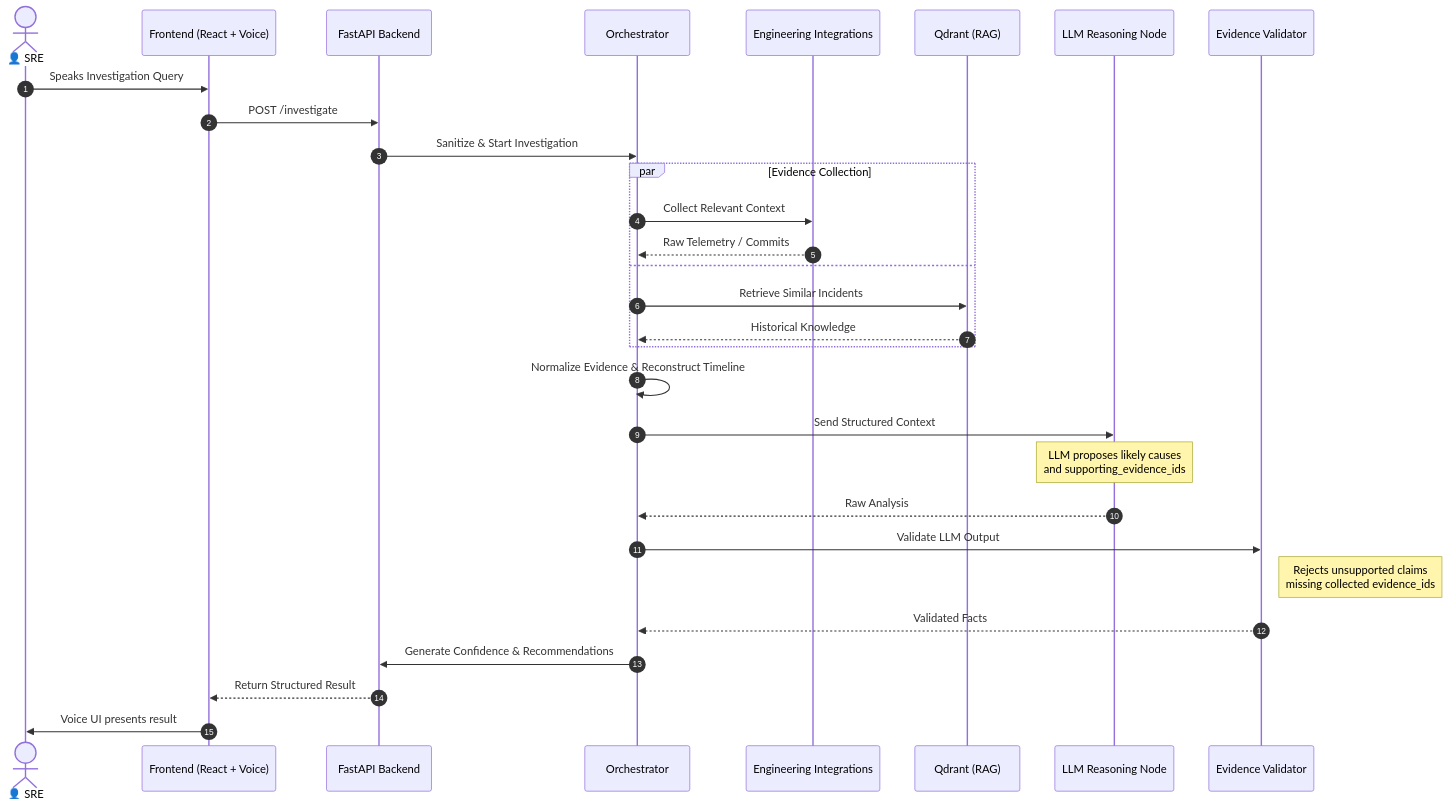
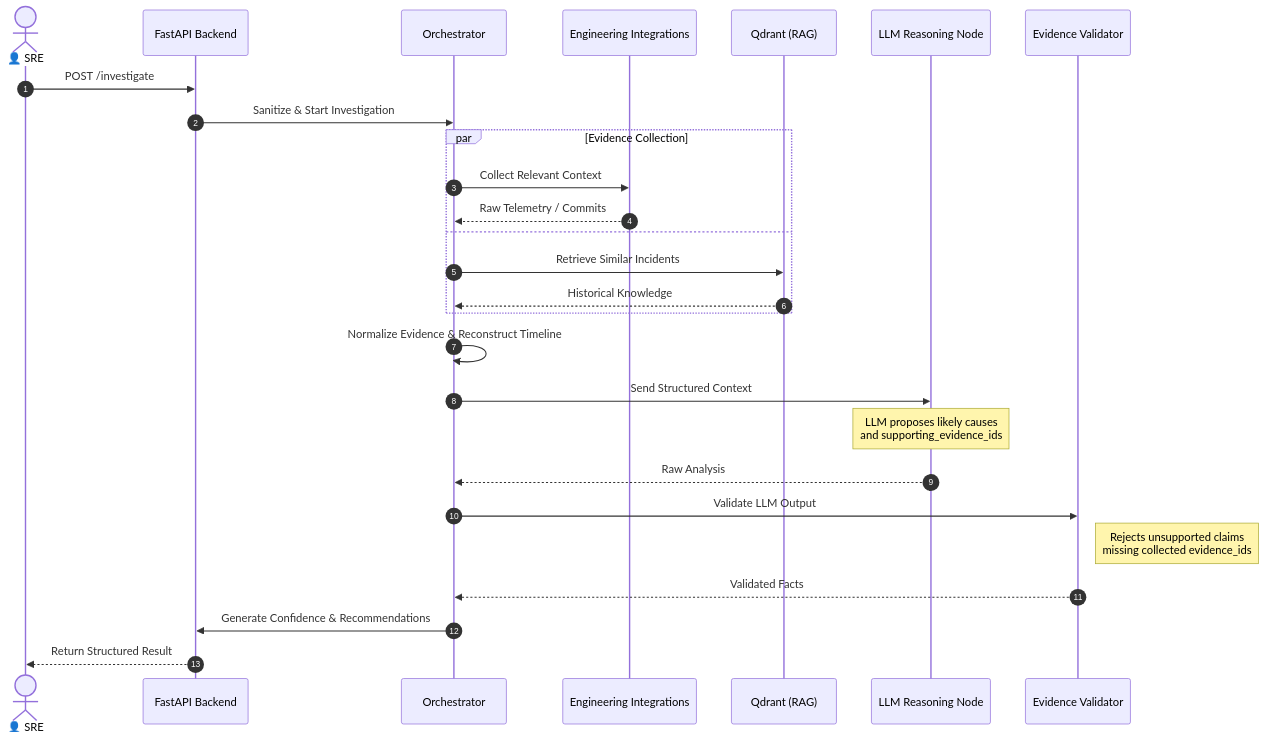
The second of 2 diagrams in README.md (suryansh24-coder/TraceIQ), drawn with Mermaid before and after one commit. The commit also changed other lines of this file and 75 other files, not shown here.

````diff
--- a/README.md
+++ b/README.md
@@ -129,38 +117,35 @@
 ```mermaid
 sequenceDiagram
     autonumber
     actor SRE as 👤 SRE
-    participant UI as Frontend (React + Voice)
     participant API as FastAPI Backend
     participant Orch as Orchestrator
     participant Context as Engineering Integrations
     participant RAG as Qdrant (RAG)
     participant LLM as LLM Reasoning Node
     participant Val as Evidence Validator
     
-    SRE->>UI: Speaks Investigation Query
-    UI->>API: POST /investigate
+    SRE->>API: POST /investigate
     API->>Orch: Sanitize & Start Investigation
     
     par Evidence Collection
         Orch->>Context: Collect Relevant Context
         Context-->>Orch: Raw Telemetry / Commits
     and
         Orch->>RAG: Retrieve Similar Incidents
         RAG-->>Orch: Historical Knowledge
     end
     
     Orch->>Orch: Normalize Evidence & Reconstruct Timeline
     
     Orch->>LLM: Send Structured Context
     Note over LLM: LLM proposes likely causes<br/>and supporting_evidence_ids
     LLM-->>Orch: Raw Analysis
     
     Orch->>Val: Validate LLM Output
     Note right of Val: Rejects unsupported claims<br/>missing collected evidence_ids
     Val-->>Orch: Validated Facts
     
     Orch->>API: Generate Confidence & Recommendations
-    API-->>UI: Return Structured Result
-    UI->>SRE: Voice UI presents result
+    API-->>SRE: Return Structured Result
 ```
````
